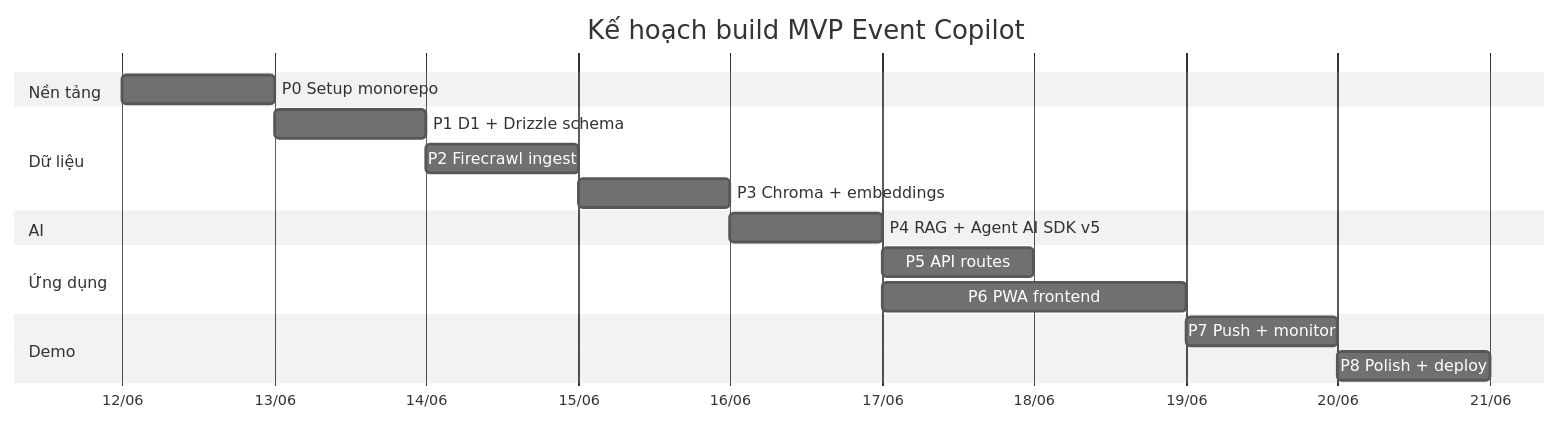
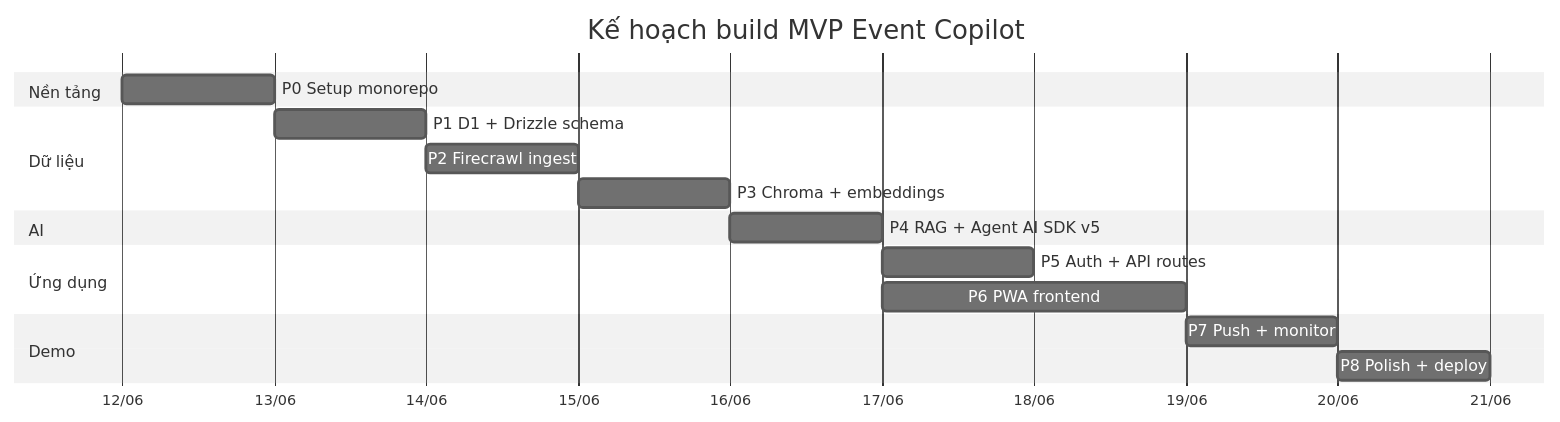
The seventh of 7 diagrams in README.md (khangzens2001/AI-build-week-gemo), drawn with Mermaid (neutral theme) before and after one commit. The commit also changed other lines of this file and 151 other files, not shown here.

````diff
--- a/README.md
+++ b/README.md
@@ -351,20 +370,20 @@
 ```mermaid
 gantt
     title Kế hoạch build MVP Event Copilot
     dateFormat YYYY-MM-DD
     axisFormat %d/%m
     section Nền tảng
     P0 Setup monorepo        :p0, 2026-06-12, 1d
     section Dữ liệu
     P1 D1 + Drizzle schema   :p1, after p0, 1d
     P2 Firecrawl ingest      :p2, after p1, 1d
     P3 Chroma + embeddings   :p3, after p2, 1d
     section AI
     P4 RAG + Agent AI SDK v5 :p4, after p3, 1d
     section Ứng dụng
-    P5 API routes            :p5, after p4, 1d
+    P5 Auth + API routes     :p5, after p4, 1d
     P6 PWA frontend          :p6, after p4, 2d
     section Demo
     P7 Push + monitor        :p7, after p6, 1d
     P8 Polish + deploy       :p8, after p7, 1d
 ```
````
